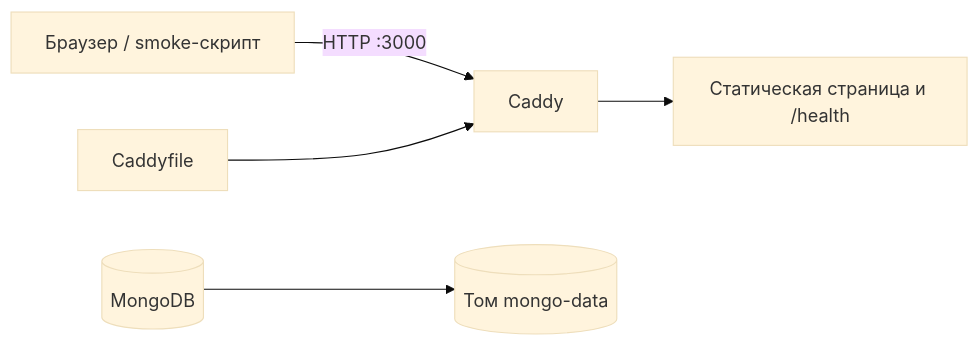
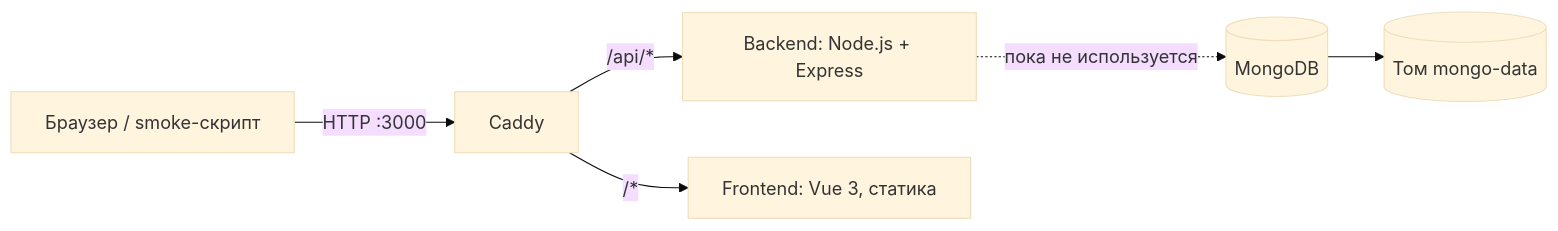
The diagram in README.md (BAITC-Hacks/hack-0592591a-optimus), drawn with Mermaid (base theme) before and after one commit. The commit also changed other lines of this file and 12 other files, not shown here.

First line of the commit message:
feat(frontend): Vue 3 + Vite app served by Caddy; README describes real stack

````diff
--- a/README.md
+++ b/README.md
@@ -44,7 +47,8 @@
 ```mermaid
 flowchart LR
     user[Браузер / smoke-скрипт] -->|HTTP :3000| caddy[Caddy]
-    config[Caddyfile] --> caddy
-    caddy --> response[Статическая страница и /health]
-    mongo[(MongoDB)] --> volume[(Том mongo-data)]
+    caddy -->|/api/*| backend[Backend: Node.js + Express]
+    caddy -->|/*| frontend[Frontend: Vue 3, статика]
+    backend -.->|пока не используется| mongo[(MongoDB)]
+    mongo --> volume[(Том mongo-data)]
 ```
````
